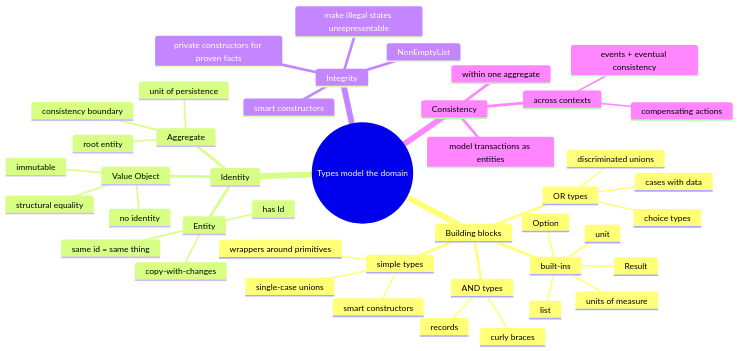
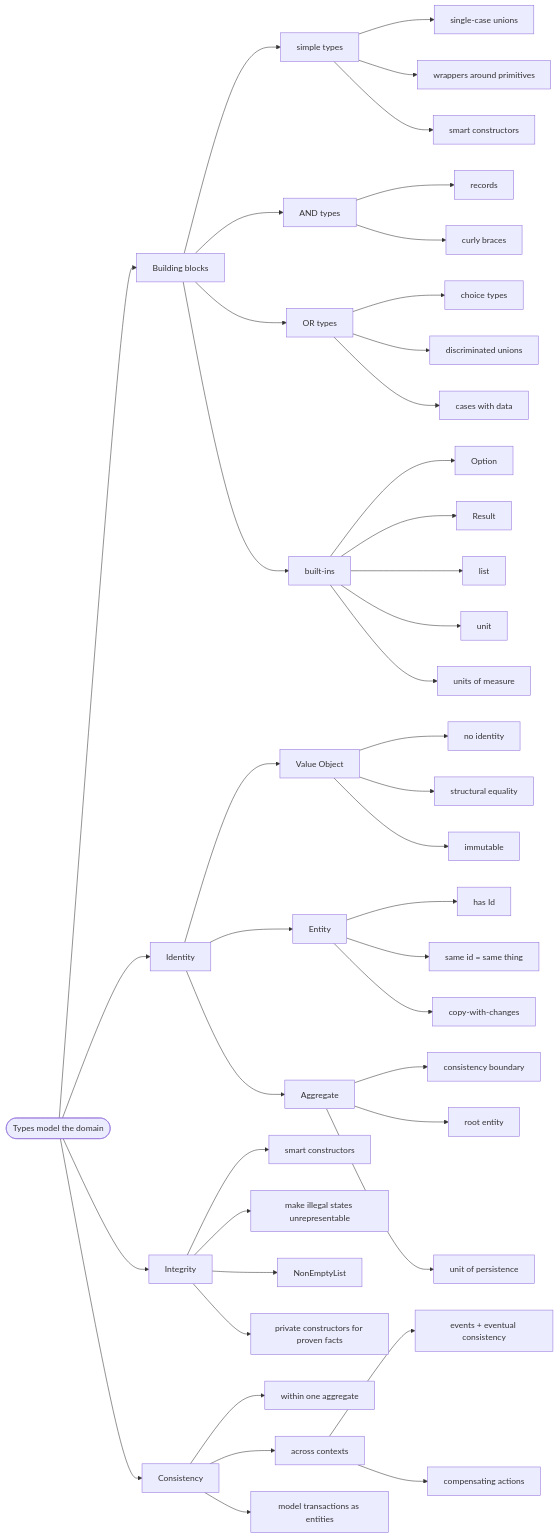
The diagram in docs/knowledge/functional-design-and-types/index.md (42WASD/42wasd-community-web), drawn with Mermaid before and after one commit. The commit also changed 13 other files, not shown here.

First line of the commit message:
Convert knowledge mindmaps to flowchart LR diagrams

````diff
--- a/docs/knowledge/functional-design-and-types/index.md
+++ b/docs/knowledge/functional-design-and-types/index.md
@@ -10,46 +10,88 @@
 ```mermaid
-mindmap
-  root((Types model the domain))
-    Building blocks
-      simple types
-        single-case unions
-        wrappers around primitives
-        smart constructors
-      AND types
-        records
-        curly braces
-      OR types
-        choice types
-        discriminated unions
-        cases with data
-      built-ins
-        Option
-        Result
-        list
-        unit
-        units of measure
-    Identity
-      Value Object
-        no identity
-        structural equality
-        immutable
-      Entity
-        has Id
-        same id = same thing
-        copy-with-changes
-      Aggregate
-        consistency boundary
-        root entity
-        unit of persistence
-    Integrity
-      smart constructors
-      make illegal states unrepresentable
-      NonEmptyList
-      private constructors for proven facts
-    Consistency
-      within one aggregate
-      across contexts
-        events + eventual consistency
-        compensating actions
-      model transactions as entities
+flowchart LR
+    n1(["Types model the domain"])
+    n2["Building blocks"]
+    n3["simple types"]
+    n4["single-case unions"]
+    n5["wrappers around primitives"]
+    n6["smart constructors"]
+    n7["AND types"]
+    n8["records"]
+    n9["curly braces"]
+    n10["OR types"]
+    n11["choice types"]
+    n12["discriminated unions"]
+    n13["cases with data"]
+    n14["built-ins"]
+    n15["Option"]
+    n16["Result"]
+    n17["list"]
+    n18["unit"]
+    n19["units of measure"]
+    n20["Identity"]
+    n21["Value Object"]
+    n22["no identity"]
+    n23["structural equality"]
+    n24["immutable"]
+    n25["Entity"]
+    n26["has Id"]
+    n27["same id = same thing"]
+    n28["copy-with-changes"]
+    n29["Aggregate"]
+    n30["consistency boundary"]
+    n31["root entity"]
+    n32["unit of persistence"]
+    n33["Integrity"]
+    n34["smart constructors"]
+    n35["make illegal states unrepresentable"]
+    n36["NonEmptyList"]
+    n37["private constructors for proven facts"]
+    n38["Consistency"]
+    n39["within one aggregate"]
+    n40["across contexts"]
+    n41["events + eventual consistency"]
+    n42["compensating actions"]
+    n43["model transactions as entities"]
+    n1 --> n2
+    n2 --> n3
+    n3 --> n4
+    n3 --> n5
+    n3 --> n6
+    n2 --> n7
+    n7 --> n8
+    n7 --> n9
+    n2 --> n10
+    n10 --> n11
+    n10 --> n12
+    n10 --> n13
+    n2 --> n14
+    n14 --> n15
+    n14 --> n16
+    n14 --> n17
+    n14 --> n18
+    n14 --> n19
+    n1 --> n20
+    n20 --> n21
+    n21 --> n22
+    n21 --> n23
+    n21 --> n24
+    n20 --> n25
+    n25 --> n26
+    n25 --> n27
+    n25 --> n28
+    n20 --> n29
+    n29 --> n30
+    n29 --> n31
+    n29 --> n32
+    n1 --> n33
+    n33 --> n34
+    n33 --> n35
+    n33 --> n36
+    n33 --> n37
+    n1 --> n38
+    n38 --> n39
+    n38 --> n40
+    n40 --> n41
+    n40 --> n42
+    n38 --> n43
 ```
````
